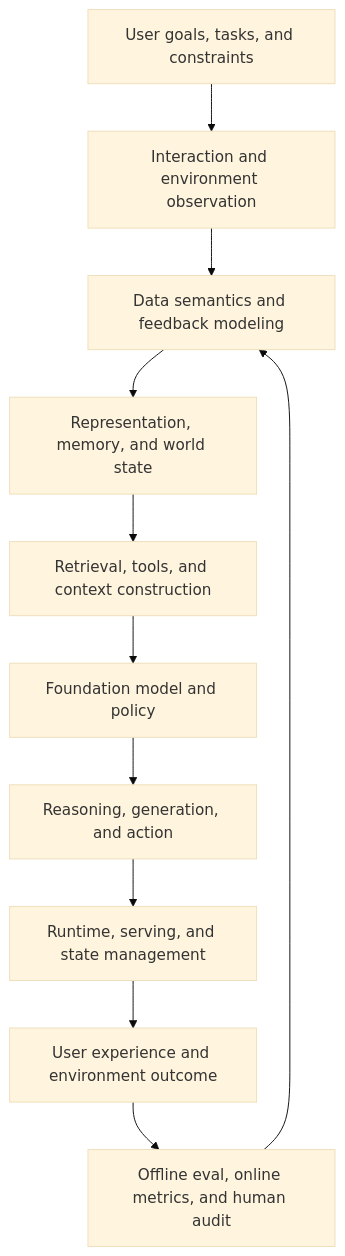
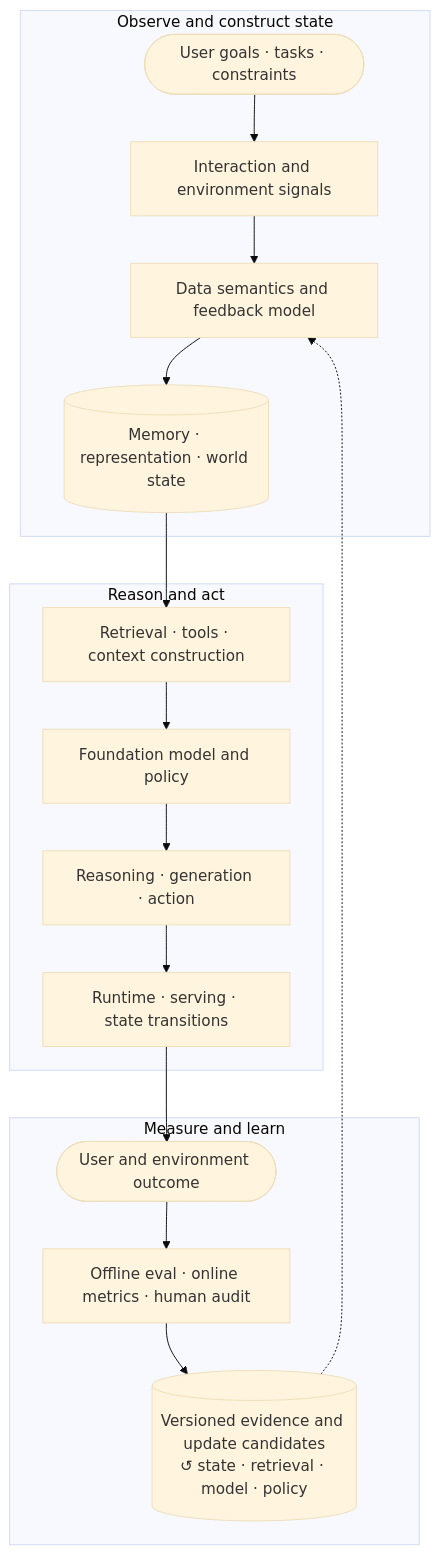
Before and after one commit to tianyi-zhang-02/cooking-agi: the first of 2 diagrams in systems/README.en.md, drawn with Mermaid (base theme). The commit also changed other lines of this file and 18 other files, not shown here.

Commit message:
redesign the guide diagrams

````diff
--- a/systems/README.en.md
+++ b/systems/README.en.md
@@ -11,13 +11,23 @@
 ```mermaid
 flowchart TD
-    A[User goals, tasks, and constraints] --> B[Interaction and environment observation]
-    B --> C[Data semantics and feedback modeling]
-    C --> D[Representation, memory, and world state]
-    D --> E[Retrieval, tools, and context construction]
-    E --> F[Foundation model and policy]
-    F --> G[Reasoning, generation, and action]
-    G --> H[Runtime, serving, and state management]
-    H --> I[User experience and environment outcome]
-    I --> J[Offline eval, online metrics, and human audit]
-    J --> C
+    subgraph O["Observe and construct state"]
+        A(["User goals · tasks · constraints"]) --> B["Interaction and environment signals"]
+        B --> C["Data semantics and feedback model"]
+        C --> D[("Memory · representation · world state")]
+    end
+
+    subgraph A1["Reason and act"]
+        E["Retrieval · tools · context construction"] --> F["Foundation model and policy"]
+        F --> G["Reasoning · generation · action"]
+        G --> H["Runtime · serving · state transitions"]
+    end
+
+    subgraph L["Measure and learn"]
+        I(["User and environment outcome"]) --> J["Offline eval · online metrics · human audit"]
+        J --> K[("Versioned evidence and update candidates<br/>↺ state · retrieval · model · policy")]
+    end
+
+    D --> E
+    H --> I
+    K -.-> C
 ```
````
